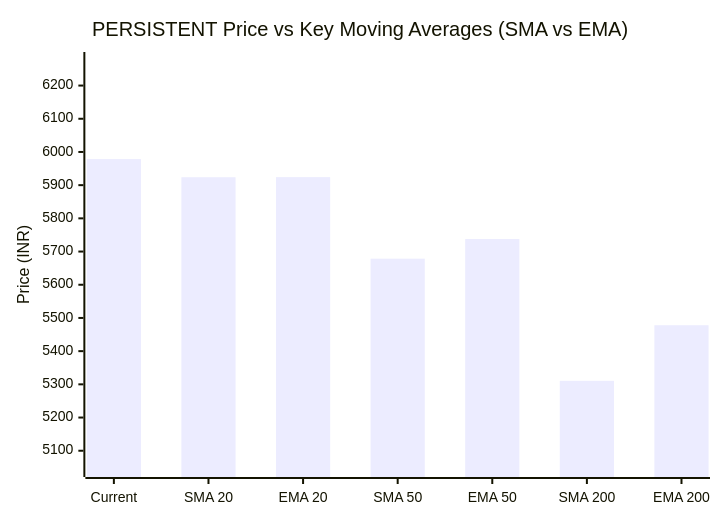
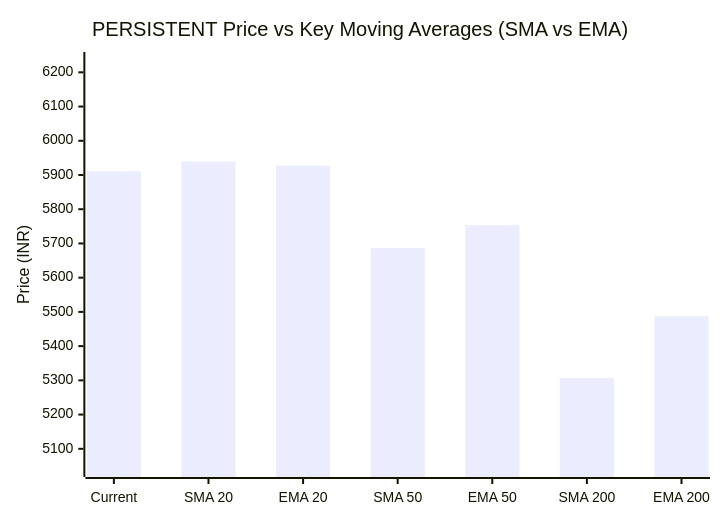
One commit to purnareddy9/dev changed the third of 3 diagrams in market-intelligence/stocks/PERSISTENT/README.md. Above: the diagram before and after it, drawn with Mermaid. The commit also changed other lines of this file and 4 other files, not shown here.

````diff
--- a/market-intelligence/stocks/PERSISTENT/README.md
+++ b/market-intelligence/stocks/PERSISTENT/README.md
@@ -104,7 +104,7 @@
 ```mermaid
 xychart-beta
     title "PERSISTENT Price vs Key Moving Averages (SMA vs EMA)"
     x-axis ["Current", "SMA 20", "EMA 20", "SMA 50", "EMA 50", "SMA 200", "EMA 200"]
-    y-axis "Price (INR)" 5045 --> 6277
-    bar [5978.5, 5923.93, 5924.11, 5678.58, 5737.67, 5310.58, 5478.07]
+    y-axis "Price (INR)" 5041 --> 6236
+    bar [5911.0, 5939.35, 5927.55, 5686.57, 5753.55, 5307.21, 5487.31]
 ```
````
